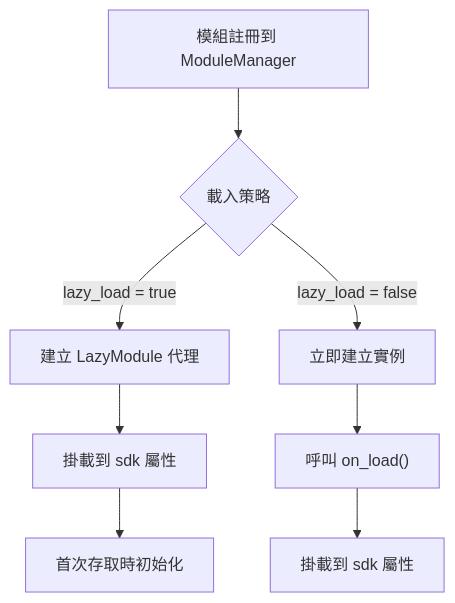
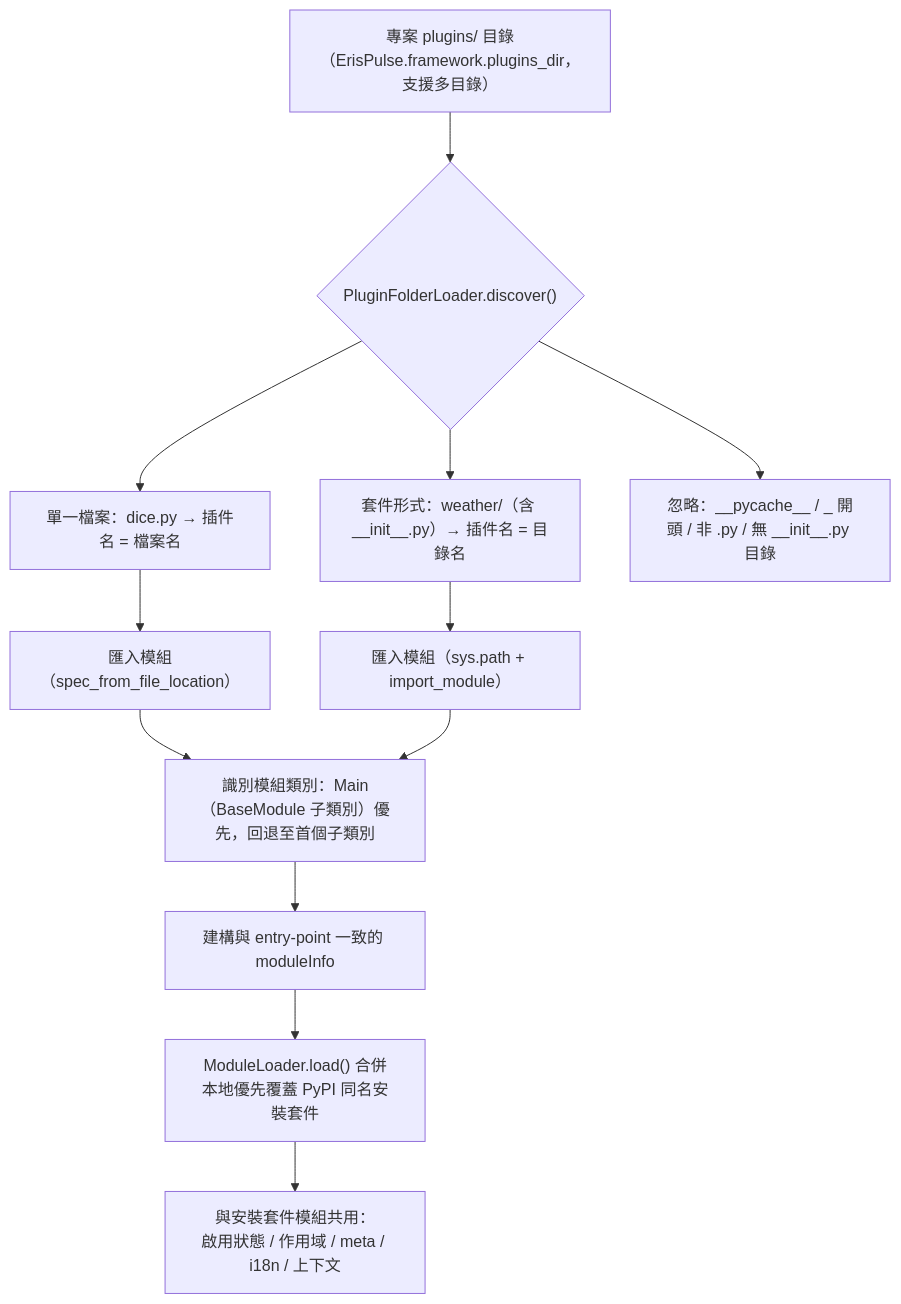
Before and after one commit to ErisPulse/ErisPulse: the sixth of 6 diagrams in docs/zh-TW/architecture.md, drawn with Mermaid. The commit also changed other lines of this file and 251 other files, not shown here.

````diff
--- a/docs/zh-TW/architecture.md
+++ b/docs/zh-TW/architecture.md
@@ -179,10 +240,14 @@
 ```mermaid
 flowchart TD
-    A["模組註冊到 ModuleManager"] --> B{"載入策略"}
-    B -->|"lazy_load = true"| C["建立 LazyModule 代理"]
-    C --> D["掛載到 sdk 屬性"]
-    D --> E["首次存取時初始化"]
-    B -->|"lazy_load = false"| F["立即建立實例"]
-    F --> G["呼叫 on_load()"]
-    G --> D2["掛載到 sdk 屬性"]
+    A["專案 plugins/ 目錄<br/>（ErisPulse.framework.plugins_dir，支援多目錄）"] --> B{"PluginFolderLoader.discover()"}
+    B --> C["單一檔案：dice.py → 插件名 = 檔案名"]
+    B --> D["套件形式：weather/（含 __init__.py）→ 插件名 = 目錄名"]
+    B --> E["忽略：__pycache__ / _ 開頭 / 非 .py / 無 __init__.py 目錄"]
+    C --> F["匯入模組（spec_from_file_location）"]
+    D --> G["匯入模組（sys.path + import_module）"]
+    F --> H["識別模組類別：Main（BaseModule 子類別）優先，回退至首個子類別"]
+    G --> H
+    H --> I["建構與 entry-point 一致的 moduleInfo"]
+    I --> J["ModuleLoader.load() 合併<br/>本地優先覆蓋 PyPI 同名安裝套件"]
+    J --> K["與安裝套件模組共用：<br/>啟用狀態 / 作用域 / meta / i18n / 上下文"]
 ```
````
